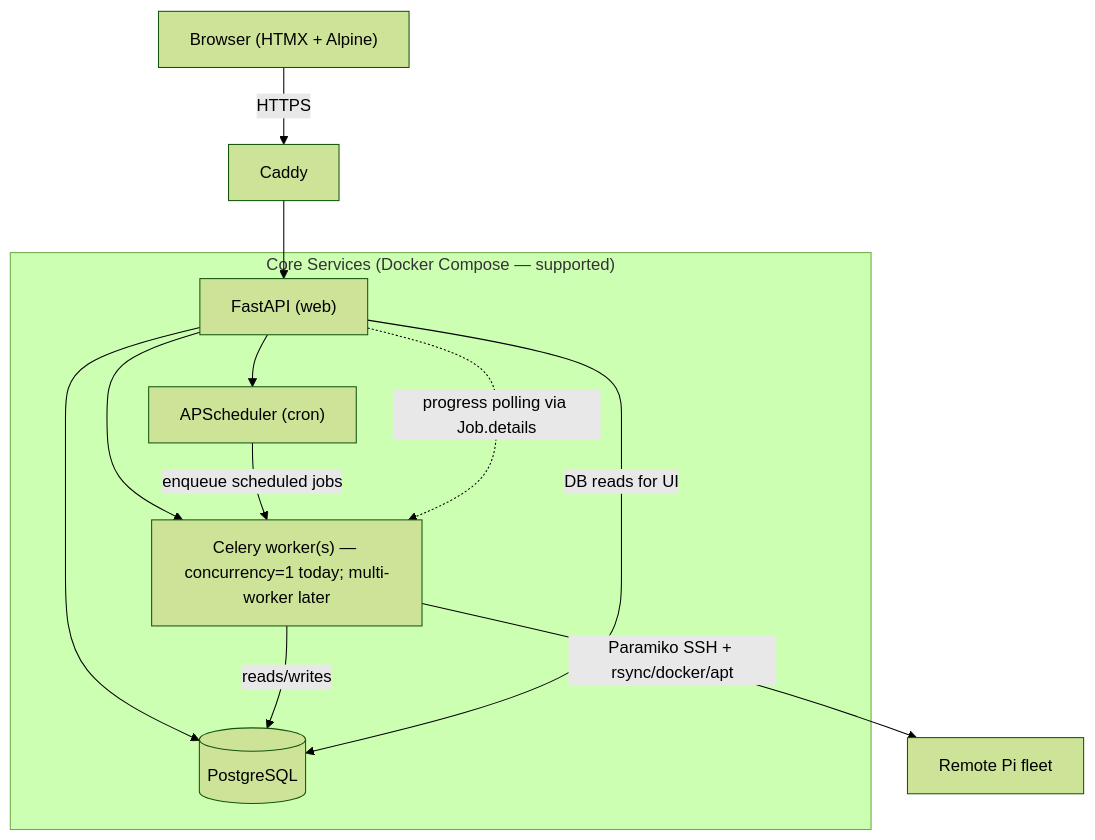
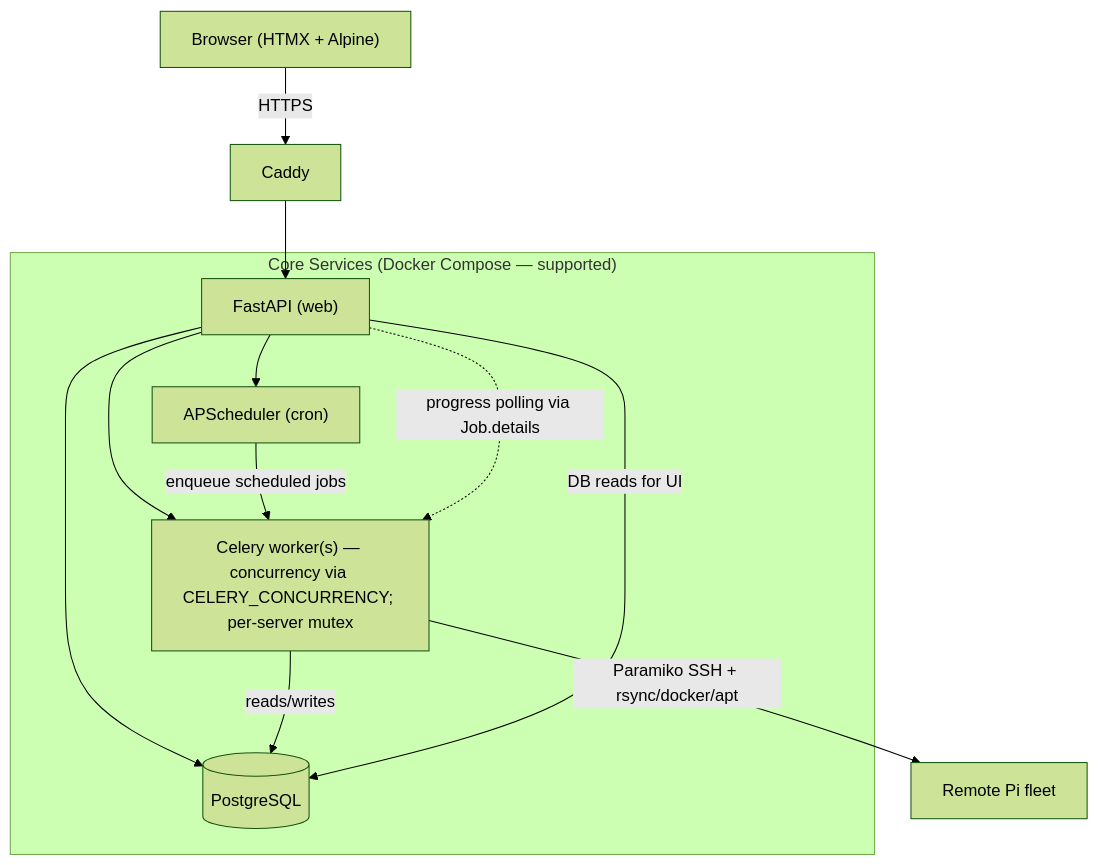
The first of 3 diagrams in SPEC.md (bjorngluck/piherder), drawn with Mermaid (forest theme) before and after one commit. The commit also changed other lines of this file and 48 other files, not shown here.

First line of the commit message:
feat: H0.5 platform reliability — host deps, Status, multi-worker

````diff
--- a/SPEC.md
+++ b/SPEC.md
@@ -222,18 +222,18 @@
 ```mermaid
 flowchart TB
     Browser["Browser (HTMX + Alpine)"] -->|HTTPS| Caddy
     Caddy --> FastAPI["FastAPI (web)"]
 
     subgraph Core["Core Services (Docker Compose — supported)"]
         FastAPI --> DB[(PostgreSQL)]
         FastAPI --> Scheduler["APScheduler (cron)"]
-        FastAPI --> Celery["Celery worker(s) — concurrency=1 today; multi-worker later"]
+        FastAPI --> Celery["Celery worker(s) — concurrency via CELERY_CONCURRENCY; per-server mutex"]
     end
 
     Scheduler -->|enqueue scheduled jobs| Celery
     Celery -->|reads/writes| DB
     Celery -->|Paramiko SSH + rsync/docker/apt| PiFleet["Remote Pi fleet"]
 
     FastAPI -->|DB reads for UI| DB
     FastAPI -.->|progress polling via Job.details| Celery
 ```
````
